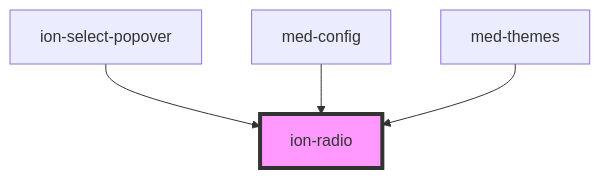
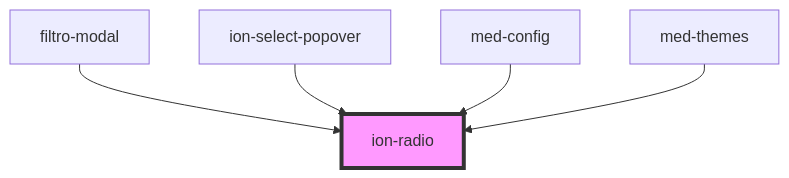
One commit to MEDGRUPOGIT/ionic-framework-1 changed the diagram in core/src/components/radio/readme.md. Above: the diagram before and after it, drawn with Mermaid. The commit also changed other lines of this file and 342 other files, not shown here.

````diff
--- a/core/src/components/radio/readme.md
+++ b/core/src/components/radio/readme.md
@@ -232,7 +233,8 @@
 ```mermaid
 graph TD;
+  filtro-modal --> ion-radio
   ion-select-popover --> ion-radio
   med-config --> ion-radio
   med-themes --> ion-radio
   style ion-radio fill:#f9f,stroke:#333,stroke-width:4px
 ```
````
